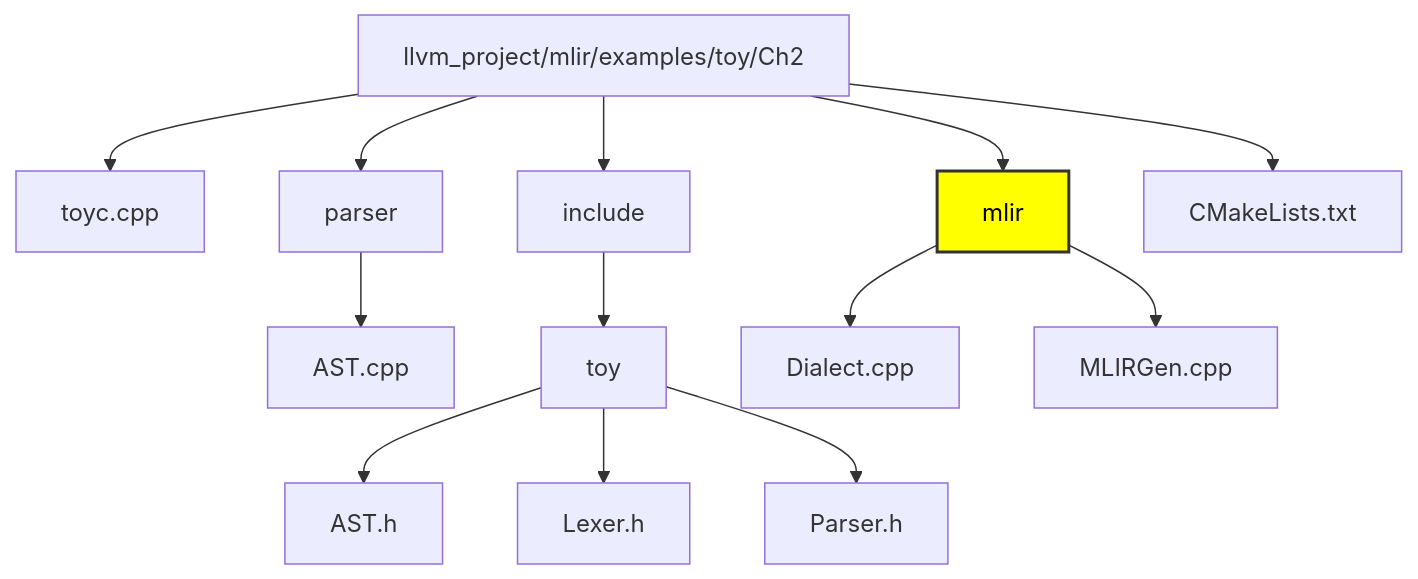
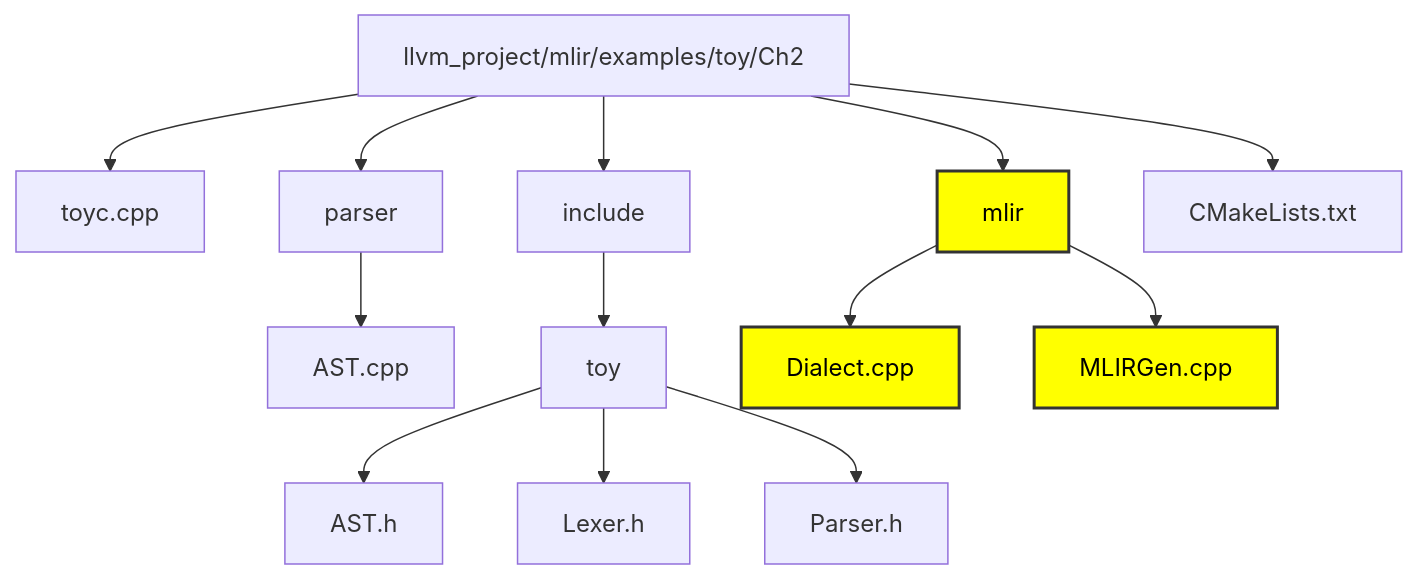
The first of 2 diagrams in Ch2.md (Ameya674/mlir_for_beginners), drawn with Mermaid before and after one commit.

````diff
--- a/Ch2.md
+++ b/Ch2.md
@@ -7,42 +7,44 @@
 ```mermaid
 graph TD
   ch2_compiler["llvm_project/mlir/examples/toy/Ch2"]
 
   toyc.cpp["toyc.cpp"]
   include["include"]
   parser["parser"]
   mlir["mlir"] 
   cmakelists.txt["CMakeLists.txt"]
 
   ch2_compiler --> toyc.cpp
   ch2_compiler --> include
   ch2_compiler --> parser
   ch2_compiler --> mlir
   ch2_compiler --> cmakelists.txt
 
   AST.cpp["AST.cpp"]
 
   parser --> AST.cpp
 
   toy["toy"]
 
   include --> toy
 
   AST.h["AST.h"]
   Lexer.h["Lexer.h"]
   Parser.h["Parser.h"]
 
   toy --> AST.h
   toy --> Lexer.h
   toy --> Parser.h
 
   Dialect.cpp["Dialect.cpp"] 
   MLIRGen.cpp["MLIRGen.cpp"] 
 
   mlir --> Dialect.cpp
   mlir --> MLIRGen.cpp
 
   classDef yellow fill:#ff0,stroke:#333,stroke-width:2px,color:#000;
 
   class mlir yellow
+  class Dialect.cpp yellow
+  class MLIRGen.cpp yellow
 ```
````
